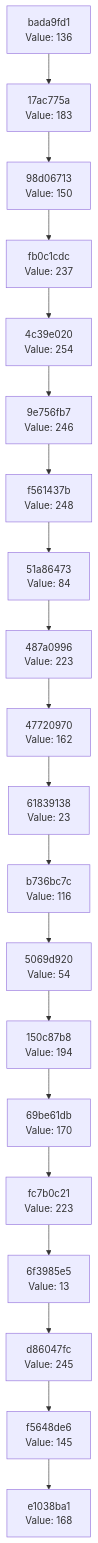
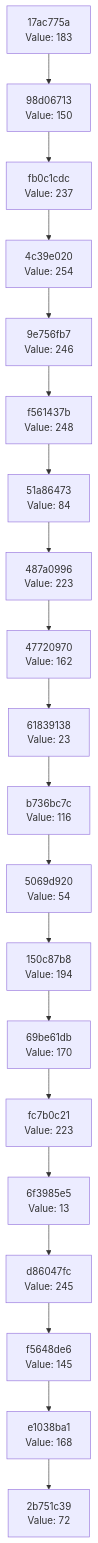
Before and after one commit to Abhisheksinha1506/hash-chain-evolver: the diagram in docs/CHAIN_VISUALIZATION.md, drawn with Mermaid. The commit also changed 3 other files, not shown here.

````diff
--- a/docs/CHAIN_VISUALIZATION.md
+++ b/docs/CHAIN_VISUALIZATION.md
@@ -3,42 +3,42 @@
 ```mermaid
 graph TD
-    C0["e1038ba1<br/>Value: 168"]
-    C1["f5648de6<br/>Value: 145"]
+    C0["2b751c39<br/>Value: 72"]
+    C1["e1038ba1<br/>Value: 168"]
     C1 --> C0
-    C2["d86047fc<br/>Value: 245"]
+    C2["f5648de6<br/>Value: 145"]
     C2 --> C1
-    C3["6f3985e5<br/>Value: 13"]
+    C3["d86047fc<br/>Value: 245"]
     C3 --> C2
-    C4["fc7b0c21<br/>Value: 223"]
+    C4["6f3985e5<br/>Value: 13"]
     C4 --> C3
-    C5["69be61db<br/>Value: 170"]
+    C5["fc7b0c21<br/>Value: 223"]
     C5 --> C4
-    C6["150c87b8<br/>Value: 194"]
+    C6["69be61db<br/>Value: 170"]
     C6 --> C5
-    C7["5069d920<br/>Value: 54"]
+    C7["150c87b8<br/>Value: 194"]
     C7 --> C6
-    C8["b736bc7c<br/>Value: 116"]
+    C8["5069d920<br/>Value: 54"]
     C8 --> C7
-    C9["61839138<br/>Value: 23"]
+    C9["b736bc7c<br/>Value: 116"]
     C9 --> C8
-    C10["47720970<br/>Value: 162"]
+    C10["61839138<br/>Value: 23"]
     C10 --> C9
-    C11["487a0996<br/>Value: 223"]
+    C11["47720970<br/>Value: 162"]
     C11 --> C10
-    C12["51a86473<br/>Value: 84"]
+    C12["487a0996<br/>Value: 223"]
     C12 --> C11
-    C13["f561437b<br/>Value: 248"]
+    C13["51a86473<br/>Value: 84"]
     C13 --> C12
-    C14["9e756fb7<br/>Value: 246"]
+    C14["f561437b<br/>Value: 248"]
     C14 --> C13
-    C15["4c39e020<br/>Value: 254"]
+    C15["9e756fb7<br/>Value: 246"]
     C15 --> C14
-    C16["fb0c1cdc<br/>Value: 237"]
+    C16["4c39e020<br/>Value: 254"]
     C16 --> C15
-    C17["98d06713<br/>Value: 150"]
+    C17["fb0c1cdc<br/>Value: 237"]
     C17 --> C16
-    C18["17ac775a<br/>Value: 183"]
+    C18["98d06713<br/>Value: 150"]
     C18 --> C17
-    C19["bada9fd1<br/>Value: 136"]
+    C19["17ac775a<br/>Value: 183"]
     C19 --> C18
 ```
````
